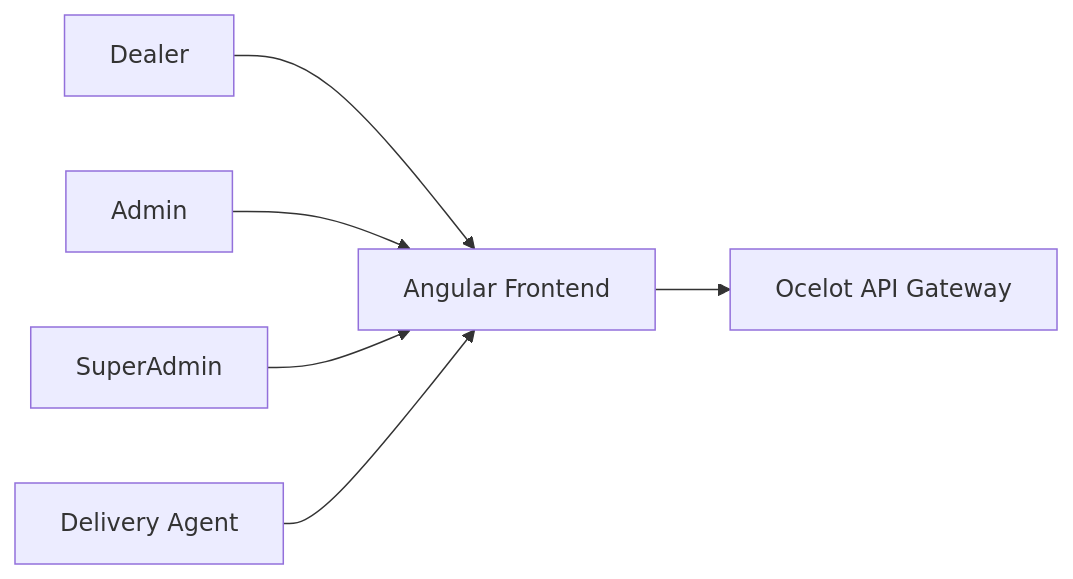
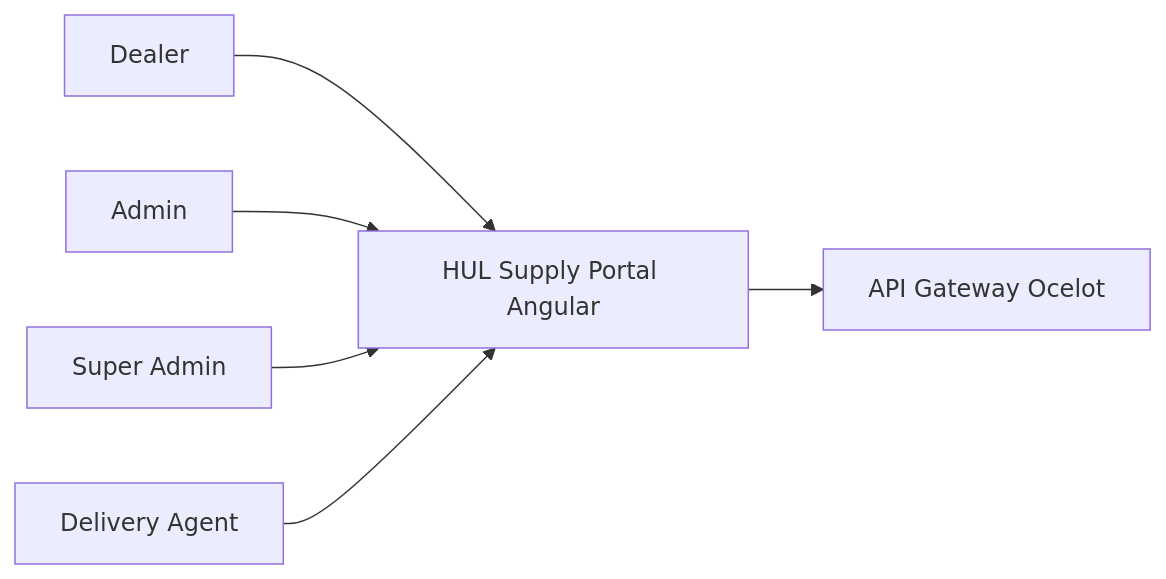
One commit to srikaran3004/Enterprise-B2B-Supply-Chain-Platform changed the first of 3 diagrams in docs/HLD.md. Above: the diagram before and after it, drawn with Mermaid. The commit also changed other lines of this file and 3 other files, not shown here.

Commit message:
docs: add architectural diagrams and design documentation for the supply chain platform

````diff
--- a/docs/HLD.md
+++ b/docs/HLD.md
@@ -26,16 +38,17 @@
 ```mermaid
 flowchart LR
     Dealer[Dealer]
     Admin[Admin]
-    SA[SuperAdmin]
+    SA[Super Admin]
     Agent[Delivery Agent]
 
-    FE[Angular Frontend]
-    GW[Ocelot API Gateway]
+    Portal[HUL Supply Portal Angular]
+    GW[API Gateway Ocelot]
 
-    Dealer --> FE
-    Admin --> FE
-    SA --> FE
-    Agent --> FE
-    FE --> GW
+    Dealer --> Portal
+    Admin --> Portal
+    SA --> Portal
+    Agent --> Portal
+
+    Portal --> GW
 ```
````
